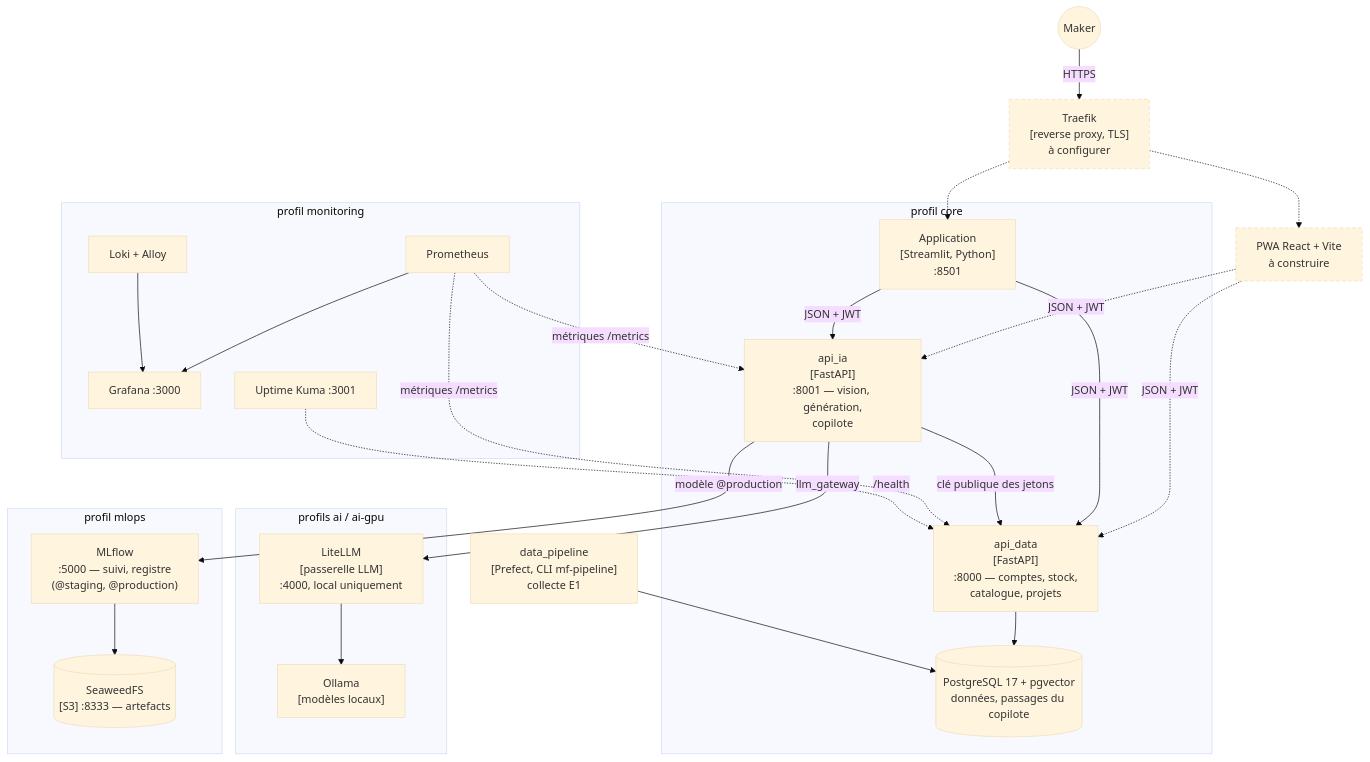
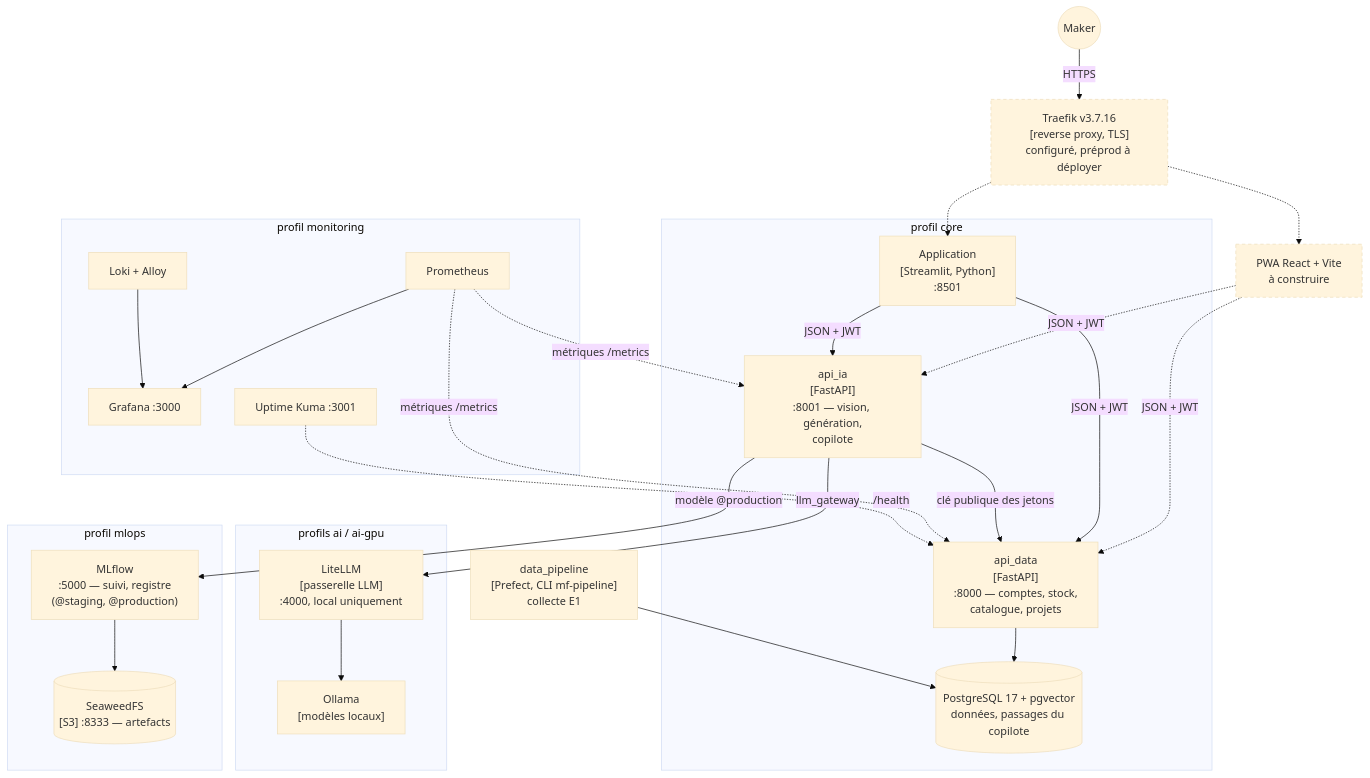
Before and after one commit to gprodi/PCO: the second of 4 diagrams in microforge/docs/E4/architecture.md, drawn with Mermaid (base theme). The commit also changed other lines of this file and 7 other files, not shown here.

````diff
--- a/microforge/docs/E4/architecture.md
+++ b/microforge/docs/E4/architecture.md
@@ -27,42 +27,42 @@
 ```mermaid
 flowchart TB
   maker(("Maker"))
-  traefik["Traefik<br/>[reverse proxy, TLS]<br/>à configurer"]:::cible
+  traefik["Traefik v3.7.16<br/>[reverse proxy, TLS]<br/>configuré, préprod à déployer"]:::cible
   pwa["PWA React + Vite<br/>à construire"]:::cible
   subgraph core["profil core"]
     st["Application<br/>[Streamlit, Python]<br/>:8501"]
     data["api_data<br/>[FastAPI]<br/>:8000 — comptes, stock,<br/>catalogue, projets"]
     ia["api_ia<br/>[FastAPI]<br/>:8001 — vision, génération,<br/>copilote"]
     pg[("PostgreSQL 17 + pgvector<br/>données, passages du copilote")]
   end
   subgraph ai["profils ai / ai-gpu"]
     litellm["LiteLLM<br/>[passerelle LLM]<br/>:4000, local uniquement"]
     ollama["Ollama<br/>[modèles locaux]"]
   end
   subgraph mlops["profil mlops"]
     mlflow["MLflow<br/>:5000 — suivi, registre<br/>(@staging, @production)"]
     s3[("SeaweedFS<br/>[S3] :8333 — artefacts")]
   end
   subgraph obs["profil monitoring"]
     prom["Prometheus"] --> graf["Grafana :3000"]
     loki["Loki + Alloy"] --> graf
     kuma["Uptime Kuma :3001"]
   end
   pipe["data_pipeline<br/>[Prefect, CLI mf-pipeline]<br/>collecte E1"]
   maker -- HTTPS --> traefik
   traefik -.-> st
   traefik -.-> pwa
   pwa -. "JSON + JWT" .-> data
   pwa -. "JSON + JWT" .-> ia
   st -- "JSON + JWT" --> data
   st -- "JSON + JWT" --> ia
   data --> pg
   ia -- "clé publique des jetons" --> data
   ia -- "llm_gateway" --> litellm --> ollama
   ia -- "modèle @production" --> mlflow --> s3
   pipe --> pg
   prom -. "métriques /metrics" .-> data
   prom -. "métriques /metrics" .-> ia
   kuma -. "/health" .-> data
   classDef cible stroke-dasharray: 5 4
 ```
````
